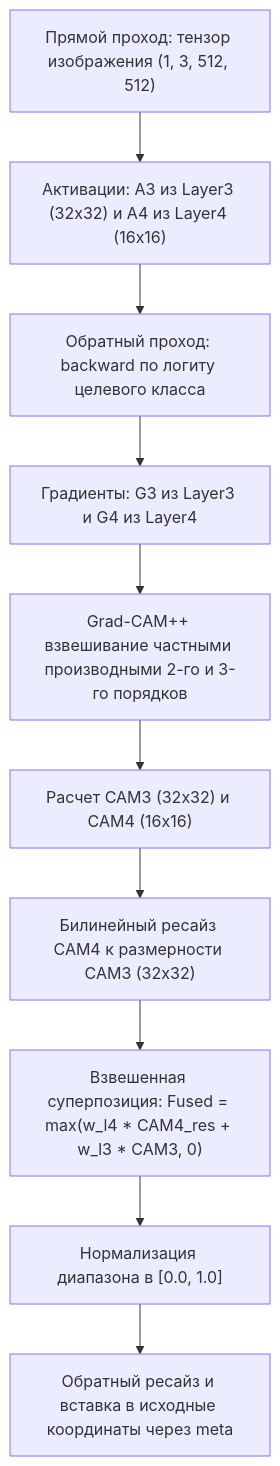
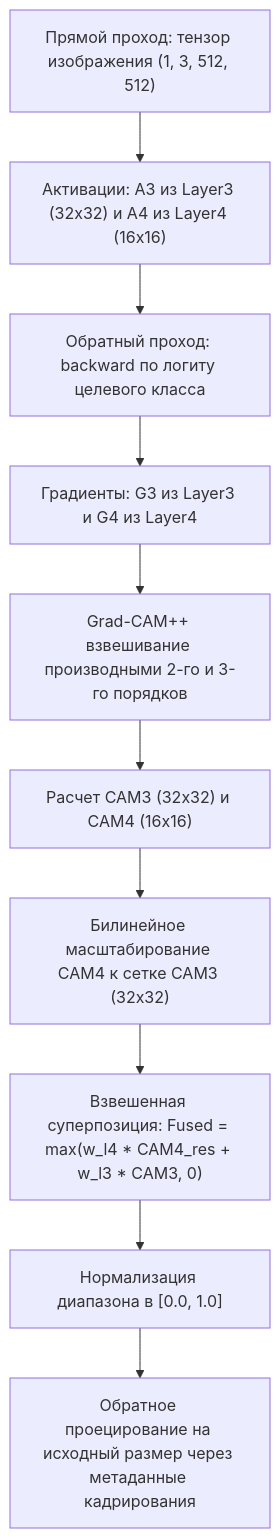
Diagram 12 of 15 in README.md (marklemesev-spec/mri-brain-tumors), drawn with Mermaid before and after one commit. The commit also changed other lines of this file, not shown here.

````diff
--- a/README.md
+++ b/README.md
@@ -513,13 +512,13 @@
 ```mermaid
 flowchart TD
     A["Прямой проход: тензор изображения (1, 3, 512, 512)"] --> B["Активации: A3 из Layer3 (32x32) и A4 из Layer4 (16x16)"]
     B --> C["Обратный проход: backward по логиту целевого класса"]
     C --> D["Градиенты: G3 из Layer3 и G4 из Layer4"]
     
-    D --> E["Grad-CAM++ взвешивание частными производными 2-го и 3-го порядков"]
+    D --> E["Grad-CAM++ взвешивание производными 2-го и 3-го порядков"]
     E --> F["Расчет CAM3 (32x32) и CAM4 (16x16)"]
-    F --> G["Билинейный ресайз CAM4 к размерности CAM3 (32x32)"]
+    F --> G["Билинейное масштабирование CAM4 к сетке CAM3 (32x32)"]
     G --> H["Взвешенная суперпозиция: Fused = max(w_l4 * CAM4_res + w_l3 * CAM3, 0)"]
     H --> I["Нормализация диапазона в [0.0, 1.0]"]
-    I --> J["Обратный ресайз и вставка в исходные координаты через meta"]
+    I --> J["Обратное проецирование на исходный размер через метаданные кадрирования"]
 ```
````
